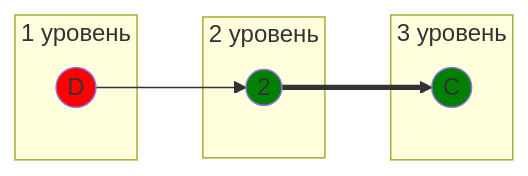
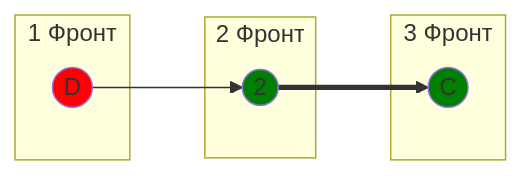
The sixth of 11 diagrams in Задание 8/DIVI.md (algos-ris-24-5/manual-tasks), drawn with Mermaid before and after one commit. The commit also changed other lines of this file, not shown here.

````diff
--- a/Задание 8/DIVI.md
+++ b/Задание 8/DIVI.md
@@ -209,17 +207,17 @@
 ```mermaid
 graph LR
-    subgraph "1 уровень"
+    subgraph "1 Фронт"
         D((D))
     end
-    subgraph "2 уровень"
+    subgraph "2 Фронт"
         2((2))
     end
-    subgraph "3 уровень"
+    subgraph "3 Фронт"
         C((C))
     end
     D --> 2 ==> C
     
     style D fill:#FF0000
     style C fill:#008000
     style 2 fill:#008000
 ```
````
